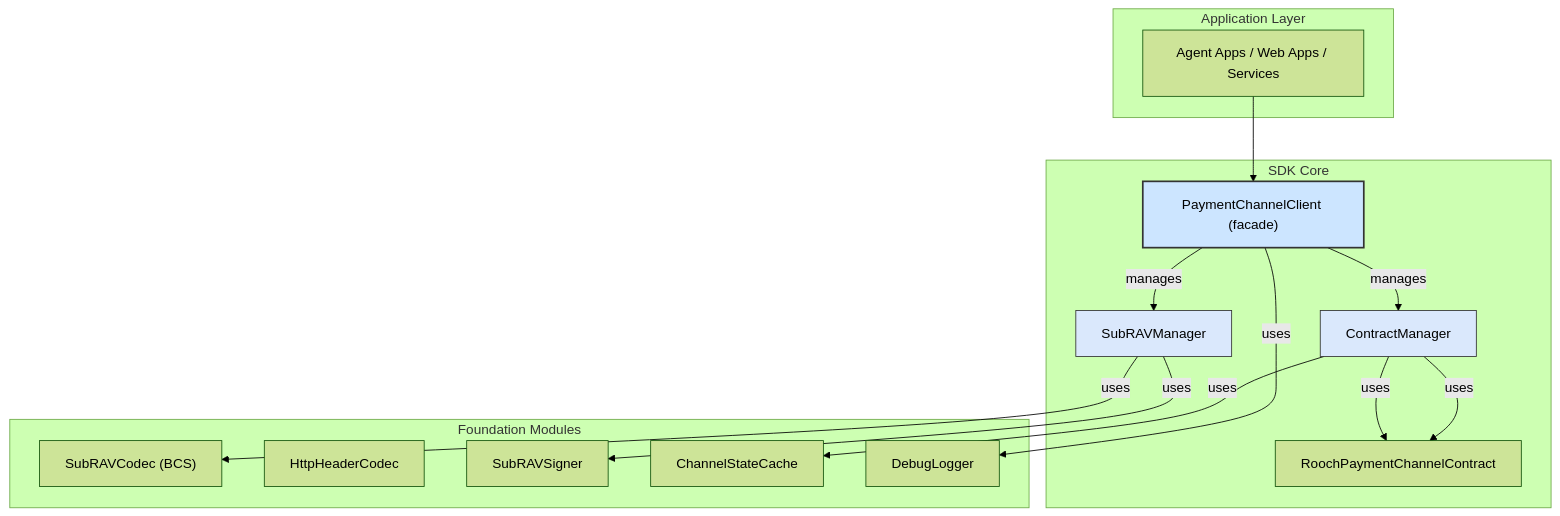
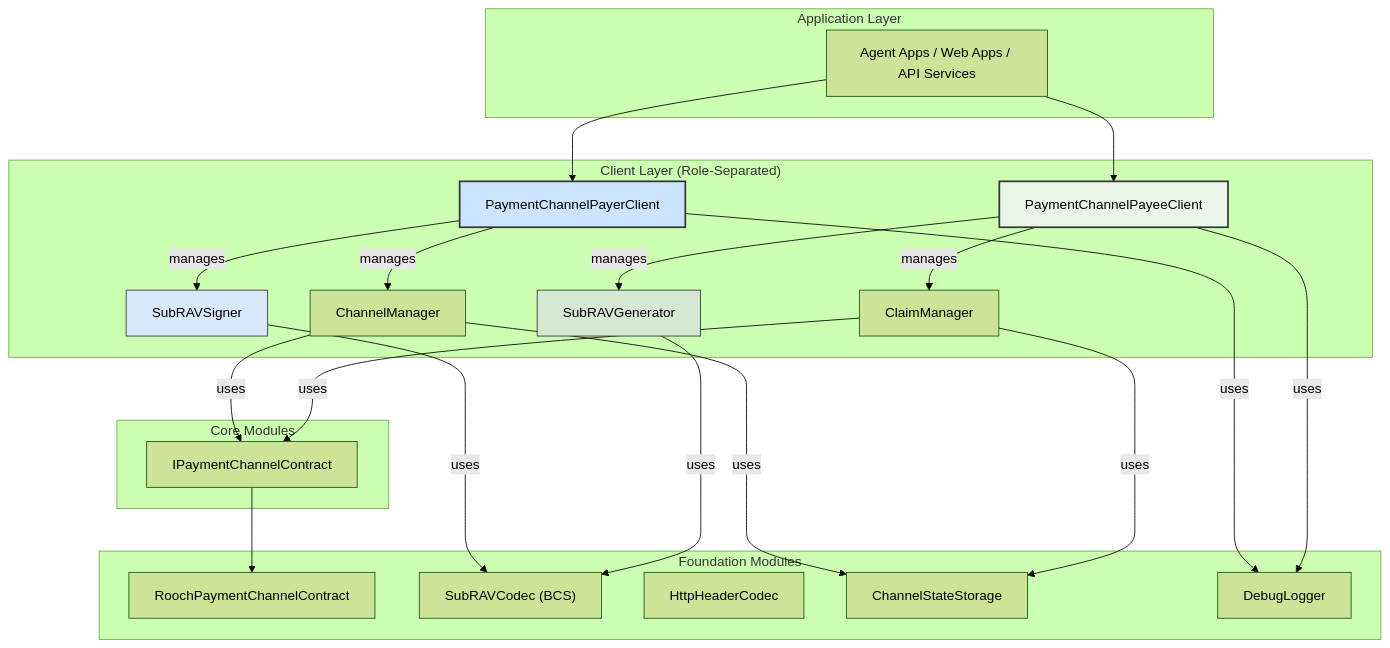
One commit to wow-sven/nuwa changed the first of 4 diagrams in nuwa-kit/typescript/packages/payment-kit/DESIGN.md. Above: the diagram before and after it, drawn with Mermaid (forest theme). The commit also changed other lines of this file and 22 other files, not shown here.

First line of the commit message:
[payment-kit] Payment channel tests (#234)

````diff
--- a/nuwa-kit/typescript/packages/payment-kit/DESIGN.md
+++ b/nuwa-kit/typescript/packages/payment-kit/DESIGN.md
@@ -26,31 +26,41 @@
 ```mermaid
 graph TD
     subgraph "Application Layer"
-        A["Agent Apps / Web Apps / Services"]
+        A["Agent Apps / Web Apps / API Services"]
     end
 
-    subgraph "SDK Core"
-        PC["PaymentChannelClient (facade)"]
-        PC -- "manages" --> SM & CM
-        SM[SubRAVManager] 
-        CM[ContractManager] -- "uses" --> Contract
+    subgraph "Client Layer (Role-Separated)"
+        PayerClient["PaymentChannelPayerClient"]
+        PayeeClient["PaymentChannelPayeeClient"]
+        PayerClient -- "manages" --> SM1 & CM1
+        PayeeClient -- "manages" --> SM2 & CM2
+    end
+
+    subgraph "Core Modules"
+        SM1[SubRAVSigner] 
+        SM2[SubRAVGenerator]
+        CM1[ChannelManager] 
+        CM2[ClaimManager]
+        Contract["IPaymentChannelContract"]
     end
 
     subgraph "Foundation Modules"
-        Contract["RoochPaymentChannelContract"]
+        RoochContract["RoochPaymentChannelContract"]
         Codec["SubRAVCodec (BCS)"]
         Http["HttpHeaderCodec"]
-        Signer["SubRAVSigner"]
-        Cache["ChannelStateCache"]
+        Storage["ChannelStateStorage"]
         Logger["DebugLogger"]
     end
 
-    A --> PC
-    SM -- "uses" --> Codec & Signer
-    CM -- "uses" --> Contract & Cache
-    PC -- "uses" --> Logger
+    A --> PayerClient
+    A --> PayeeClient
+    SM1 & SM2 -- "uses" --> Codec
+    CM1 & CM2 -- "uses" --> Contract & Storage
+    Contract --> RoochContract
+    PayerClient & PayeeClient -- "uses" --> Logger
 
-    style PC fill:#cce5ff,stroke:#333,stroke-width:2px
-    style SM fill:#dae8fc,stroke:#333
-    style CM fill:#dae8fc,stroke:#333
+    style PayerClient fill:#cce5ff,stroke:#333,stroke-width:2px
+    style PayeeClient fill:#e8f5e8,stroke:#333,stroke-width:2px
+    style SM1 fill:#dae8fc,stroke:#333
+    style SM2 fill:#d5e8d4,stroke:#333
 ```
````
